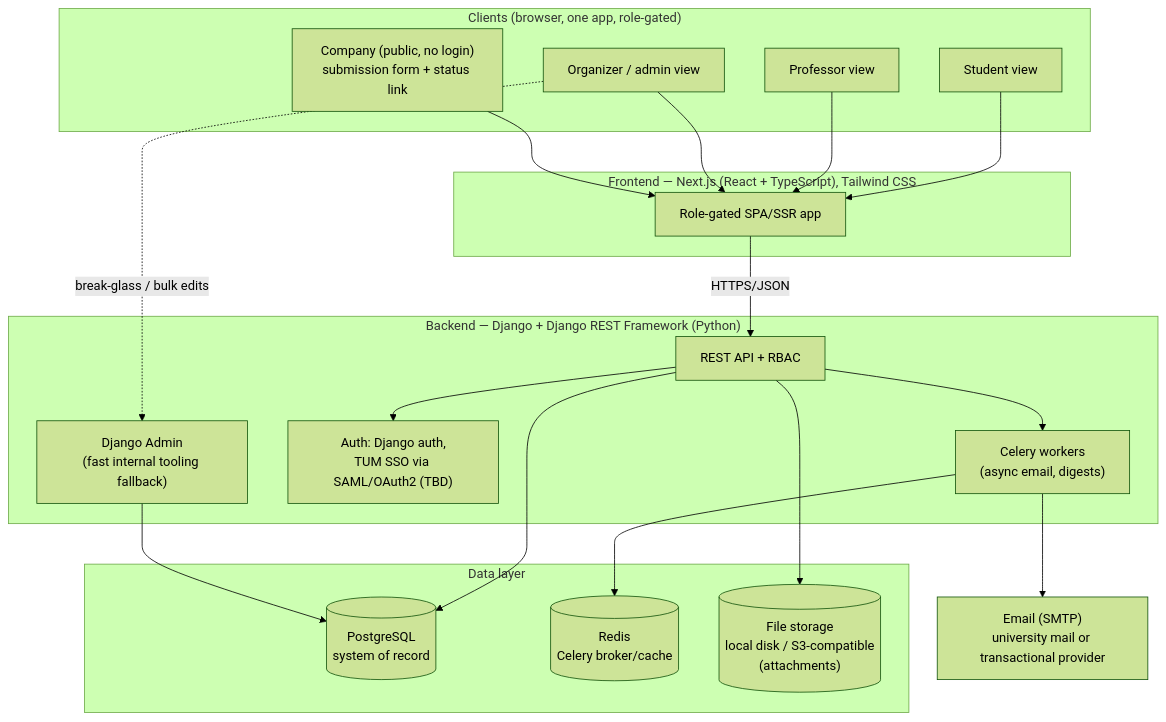
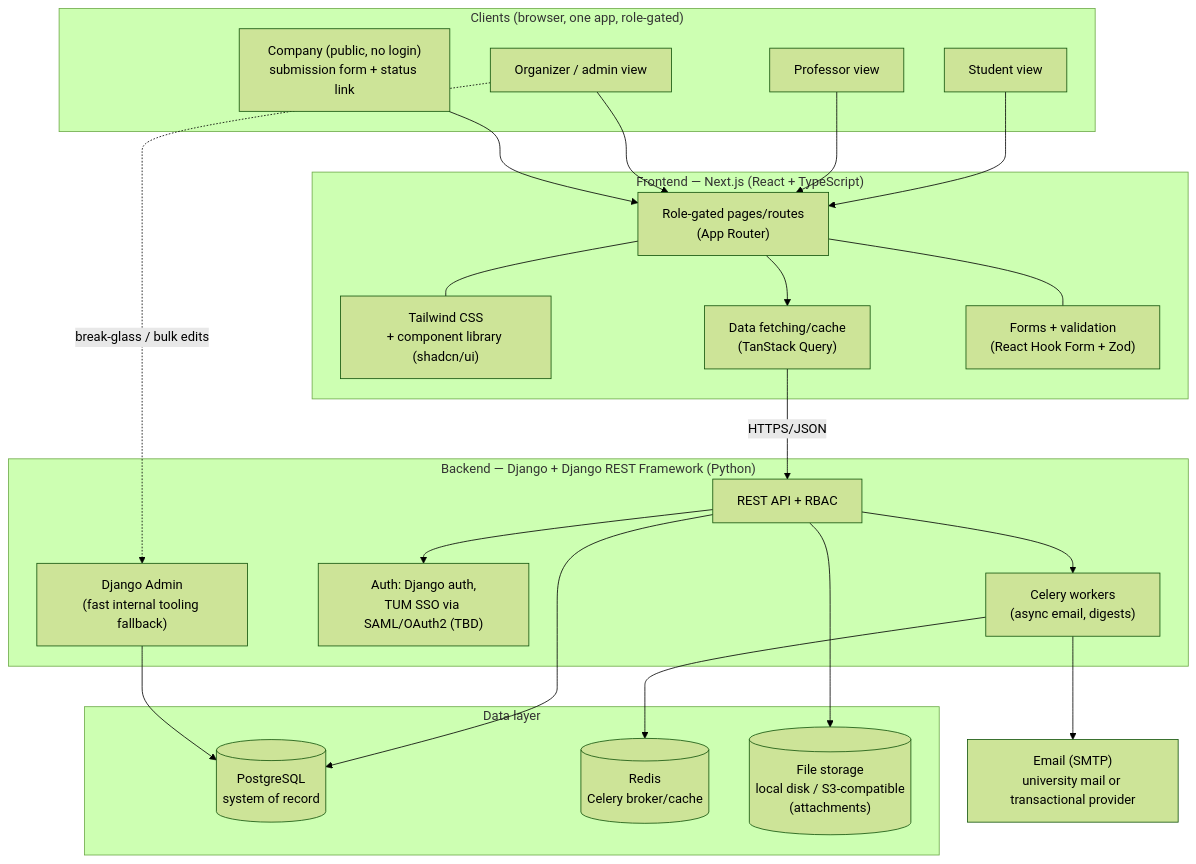
The diagram in architecture.md (nan1220/Collaboration_Platform), drawn with Mermaid (forest theme) before and after one commit. The commit also changed other lines of this file, not shown here.

Commit message:
Break out frontend tech stack in architecture diagram

````diff
--- a/architecture.md
+++ b/architecture.md
@@ -38,43 +38,50 @@
 ```mermaid
 flowchart TB
     subgraph Clients["Clients (browser, one app, role-gated)"]
         Student["Student view"]
         Professor["Professor view"]
         Organizer["Organizer / admin view"]
         Company["Company (public, no login)<br/>submission form + status link"]
     end
 
-    subgraph Frontend["Frontend — Next.js (React + TypeScript), Tailwind CSS"]
-        FE["Role-gated SPA/SSR app"]
+    subgraph Frontend["Frontend — Next.js (React + TypeScript)"]
+        UI["Role-gated pages/routes<br/>(App Router)"]
+        Style["Tailwind CSS<br/>+ component library (shadcn/ui)"]
+        Query["Data fetching/cache<br/>(TanStack Query)"]
+        Forms["Forms + validation<br/>(React Hook Form + Zod)"]
     end
 
     subgraph Backend["Backend — Django + Django REST Framework (Python)"]
         API["REST API + RBAC"]
         Admin["Django Admin<br/>(fast internal tooling fallback)"]
         Auth["Auth: Django auth,<br/>TUM SSO via SAML/OAuth2 (TBD)"]
         Worker["Celery workers<br/>(async email, digests)"]
     end
 
     subgraph Data["Data layer"]
         DB[("PostgreSQL<br/>system of record")]
         Redis[("Redis<br/>Celery broker/cache")]
         Storage[("File storage<br/>local disk / S3-compatible<br/>(attachments)")]
     end
 
     Mail["Email (SMTP)<br/>university mail or transactional provider"]
 
-    Student --> FE
-    Professor --> FE
-    Organizer --> FE
-    Company --> FE
+    Student --> UI
+    Professor --> UI
+    Organizer --> UI
+    Company --> UI
 
-    FE -- HTTPS/JSON --> API
+    UI --- Style
+    UI --- Forms
+    UI --> Query
+
+    Query -- HTTPS/JSON --> API
     API --> Auth
     API --> DB
     API --> Storage
     API --> Worker
     Worker --> Redis
     Worker --> Mail
     Organizer -.->|"break-glass / bulk edits"| Admin
     Admin --> DB
 ```
````
